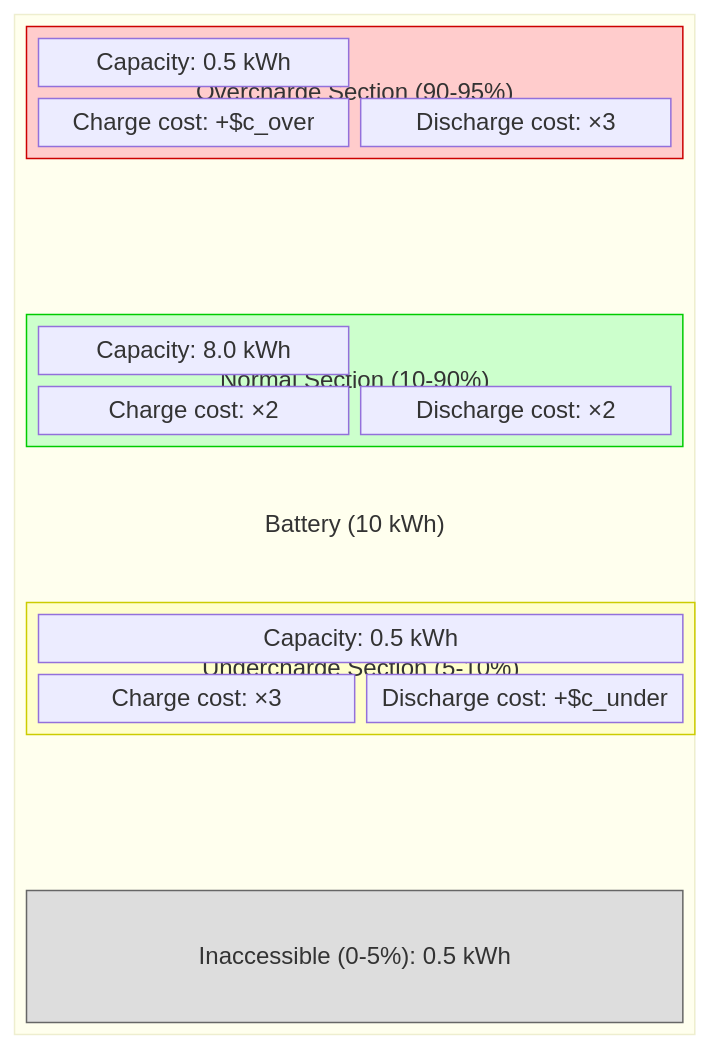
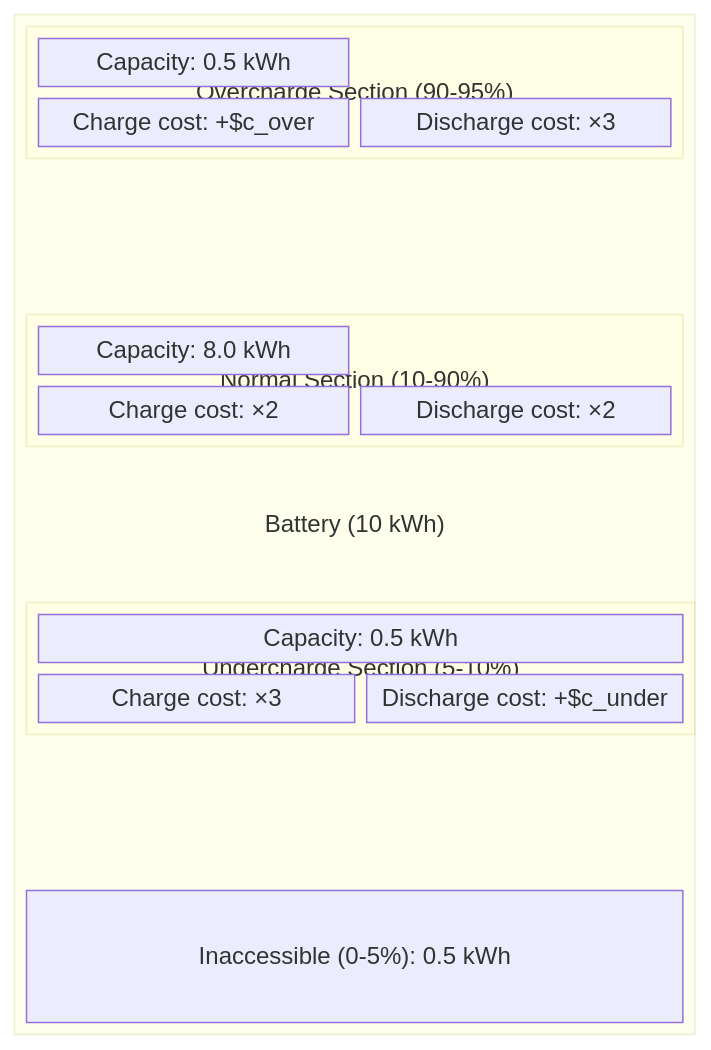
One commit to hass-energy/haeo changed the diagram in docs/modeling/battery.md. Above: the diagram before and after it, drawn with Mermaid. The commit also changed 7 other files, not shown here.

Commit message:
Go to using the normal mermaid config

````diff
--- a/docs/modeling/battery.md
+++ b/docs/modeling/battery.md
@@ -28,34 +28,34 @@
 ```mermaid
 block-beta
   columns 1
   block:battery["Battery (10 kWh)"]
     columns 1
     block:overcharge["Overcharge Section (90-95%)"]
       columns 2
       oc_cap["Capacity: 0.5 kWh"]:2
       oc_charge["Charge cost: +$c_over"]
       oc_discharge["Discharge cost: ×3"]
     end
     space
     block:normal["Normal Section (10-90%)"]
       columns 2
       n_cap["Capacity: 8.0 kWh"]:2
       n_charge["Charge cost: ×2"]
       n_discharge["Discharge cost: ×2"]
     end
     space
     block:undercharge["Undercharge Section (5-10%)"]
       columns 2
       u_cap["Capacity: 0.5 kWh"]:2
       u_charge["Charge cost: ×3"]
       u_discharge["Discharge cost: +$c_under"]
     end
     space
     inaccessible["Inaccessible (0-5%): 0.5 kWh"]
   end
 
-  style overcharge fill:#ffcccc,stroke:#cc0000
-  style normal fill:#ccffcc,stroke:#00cc00
-  style undercharge fill:#ffffcc,stroke:#cccc00
-  style inaccessible fill:#dddddd,stroke:#666666
+  class overcharge danger
+  class normal success
+  class undercharge warning
+  class inaccessible neutral
 ```
````
